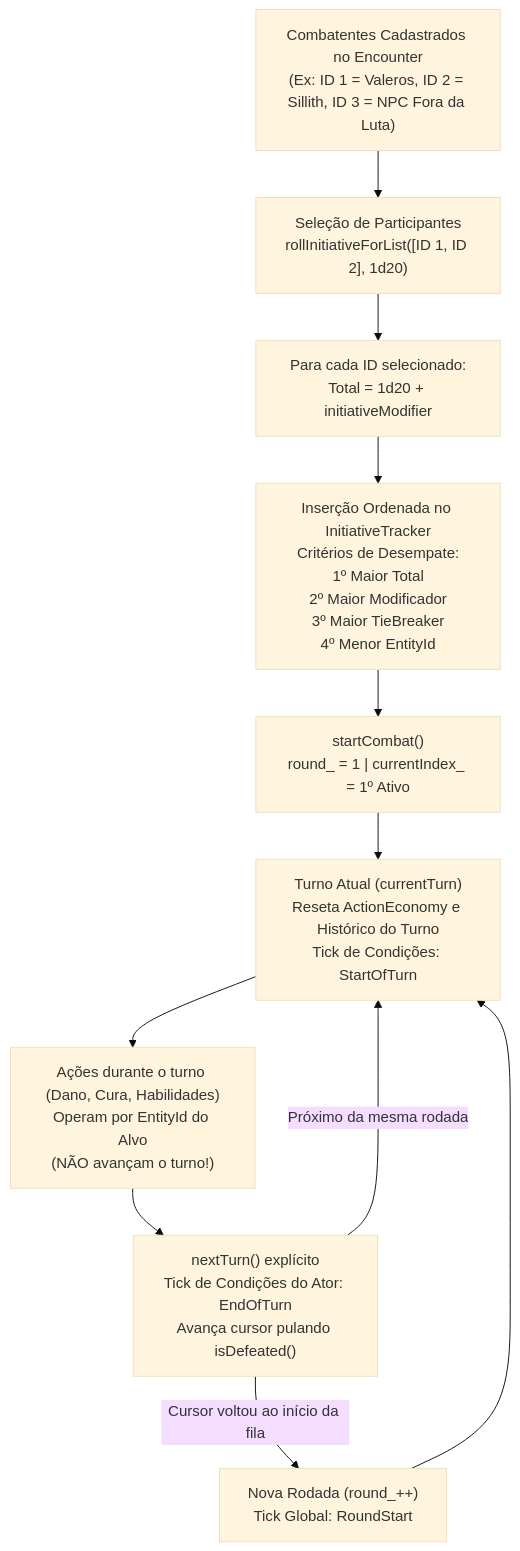
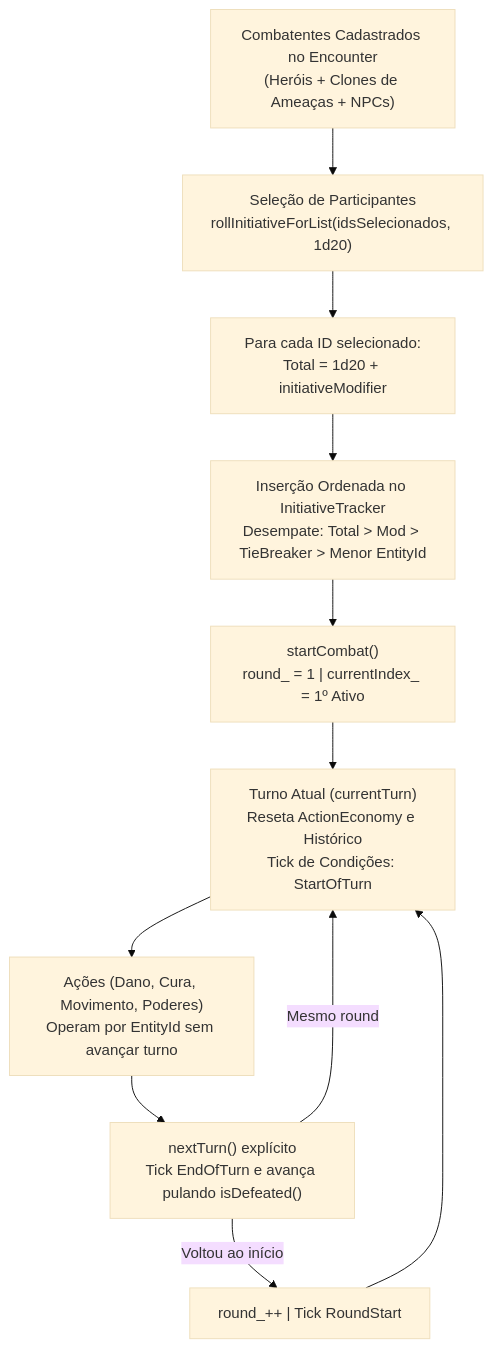
Before and after one commit to Iago3457/OpenTTRPG: the fifth of 5 diagrams in docs/architecture.md, drawn with Mermaid (base theme). The commit also changed other lines of this file and 6 other files, not shown here.

````diff
--- a/docs/architecture.md
+++ b/docs/architecture.md
@@ -132,13 +139,13 @@
 ```mermaid
 flowchart TD
-    A["Combatentes Cadastrados no Encounter\n(Ex: ID 1 = Valeros, ID 2 = Sillith, ID 3 = NPC Fora da Luta)"] --> B["Seleção de Participantes\nrollInitiativeForList([ID 1, ID 2], 1d20)"]
+    A["Combatentes Cadastrados no Encounter\n(Heróis + Clones de Ameaças + NPCs)"] --> B["Seleção de Participantes\nrollInitiativeForList(idsSelecionados, 1d20)"]
     B --> C["Para cada ID selecionado:\nTotal = 1d20 + initiativeModifier"]
-    C --> D["Inserção Ordenada no InitiativeTracker\nCritérios de Desempate:\n1º Maior Total\n2º Maior Modificador\n3º Maior TieBreaker\n4º Menor EntityId"]
+    C --> D["Inserção Ordenada no InitiativeTracker\nDesempate: Total > Mod > TieBreaker > Menor EntityId"]
     D --> E["startCombat()\nround_ = 1 | currentIndex_ = 1º Ativo"]
-    E --> F["Turno Atual (currentTurn)\nReseta ActionEconomy e Histórico do Turno\nTick de Condições: StartOfTurn"]
-    F --> G["Ações durante o turno (Dano, Cura, Habilidades)\nOperam por EntityId do Alvo\n(NÃO avançam o turno!)"]
-    G --> H["nextTurn() explícito\nTick de Condições do Ator: EndOfTurn\nAvança cursor pulando isDefeated()"]
-    H -- "Cursor voltou ao início da fila" --> I["Nova Rodada (round_++)\nTick Global: RoundStart"]
+    E --> F["Turno Atual (currentTurn)\nReseta ActionEconomy e Histórico\nTick de Condições: StartOfTurn"]
+    F --> G["Ações (Dano, Cura, Movimento, Poderes)\nOperam por EntityId sem avançar turno"]
+    G --> H["nextTurn() explícito\nTick EndOfTurn e avança pulando isDefeated()"]
+    H -- "Voltou ao início" --> I["round_++ | Tick RoundStart"]
     I --> F
-    H -- "Próximo da mesma rodada" --> F
+    H -- "Mesmo round" --> F
 ```
````
